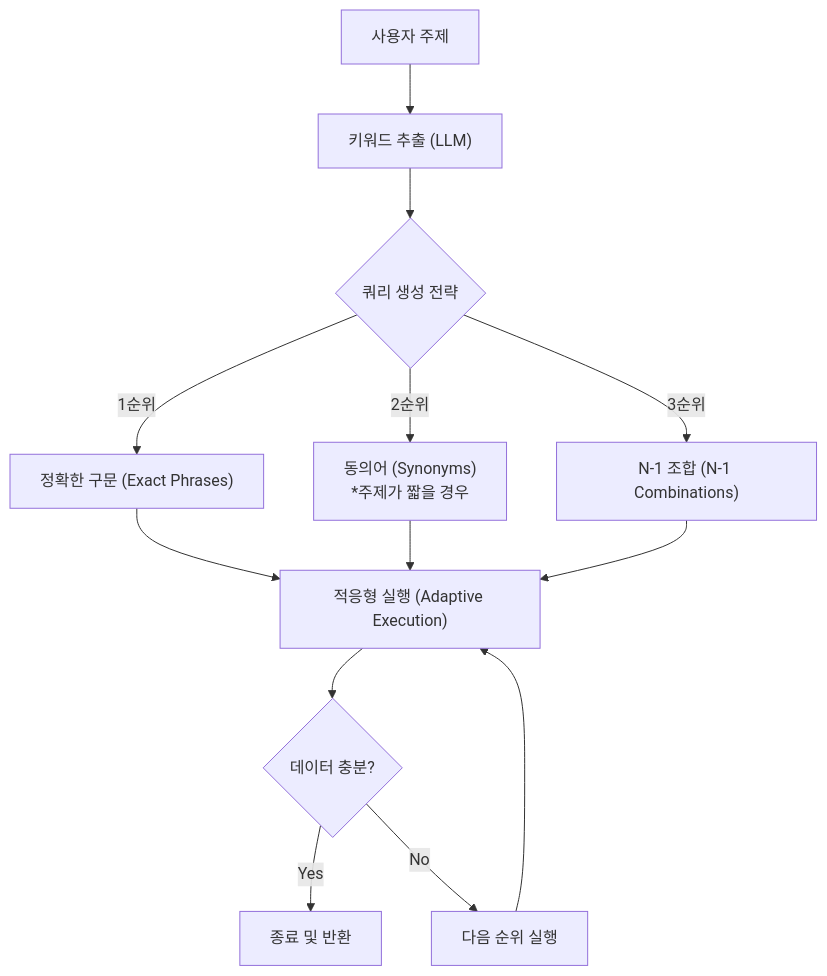
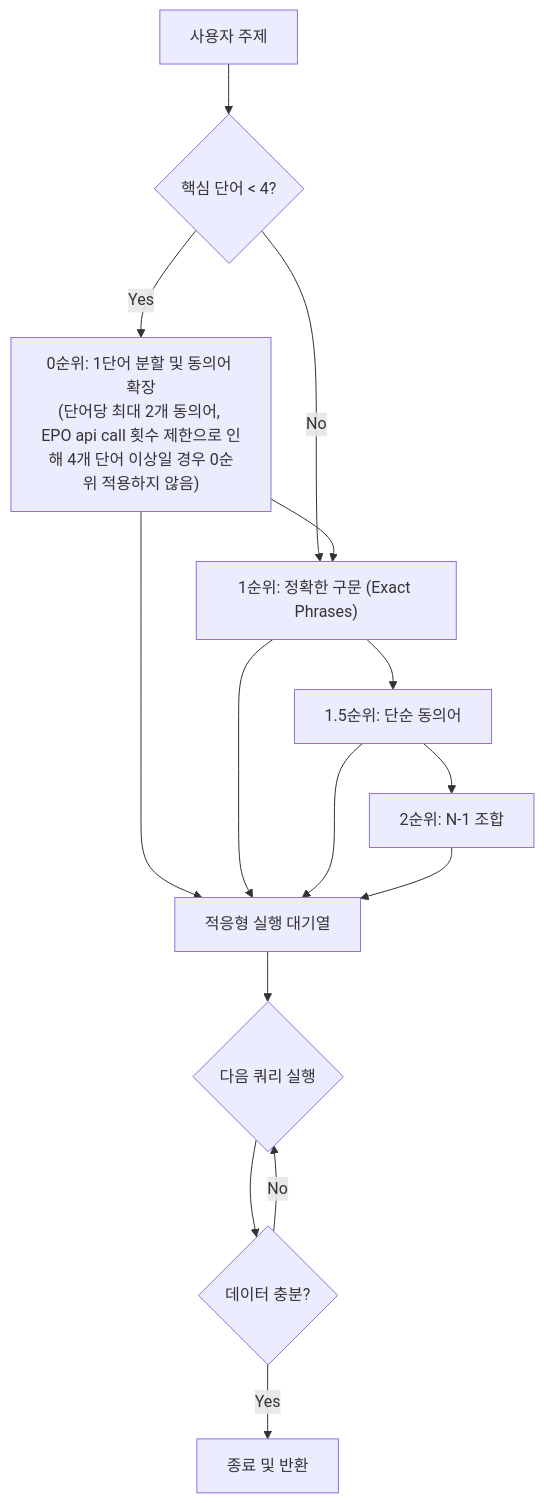
The second of 2 diagrams in README_kor.md (eastsea17/VirtualTechExperts_RAG_Ollama), drawn with Mermaid before and after one commit. The commit also changed other lines of this file and 14 other files, not shown here.

````diff
--- a/README_kor.md
+++ b/README_kor.md
@@ -170,16 +171,18 @@
-```mermaid
-graph TD
-    Start[사용자 주제] --> Ext["키워드 추출 (LLM)"]
-    Ext --> Gen{쿼리 생성 전략}
-    
-    Gen -->|1순위| Exact["정확한 구문 (Exact Phrases)"]
-    Gen -->|2순위| Syn["동의어 (Synonyms) <br/> *주제가 짧을 경우"]
-    Gen -->|3순위| Relax["N-1 조합 (N-1 Combinations)"]
-    
-    Exact & Syn & Relax --> Exec["적응형 실행 (Adaptive Execution)"]
-    
-    Exec --> Check{데이터 충분?}
-    Check -->|Yes| End[종료 및 반환]
-    Check -->|No| Next[다음 순위 실행]
-    Next --> Exec
-```
+ ```mermaid
+ graph TD
+     Start[사용자 주제] --> Check{핵심 단어 < 4?}
+     
+     Check -->|Yes| P0["0순위: 1단어 분할 및 동의어 확장<br/>(단어당 최대 2개 동의어, EPO api call 횟수 제한으로 인해 4개 단어 이상일 경우 0순위 적용하지 않음)"]
+     Check -->|No| P1["1순위: 정확한 구문 (Exact Phrases)"]
+     
+     P0 --> P1
+     P1 --> P1_5["1.5순위: 단순 동의어"]
+     P1_5 --> P2["2순위: N-1 조합"]
+     
+     P0 & P1 & P1_5 & P2 --> Exec[적응형 실행 대기열]
+     
+     Exec --> Run{다음 쿼리 실행}
+     Run --> Eval{데이터 충분?}
+     Eval -->|Yes| Stop[종료 및 반환]
+     Eval -->|No| Run
+ ```
````
